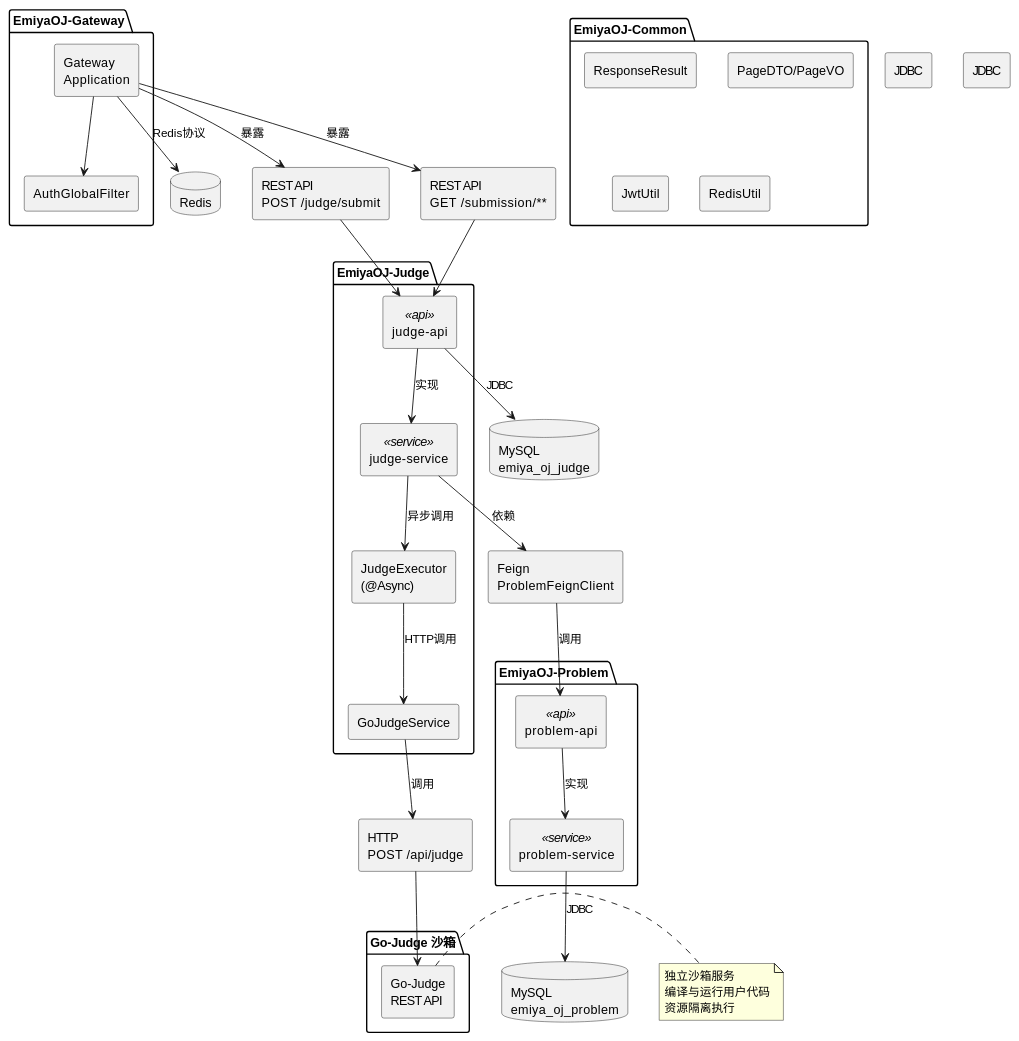
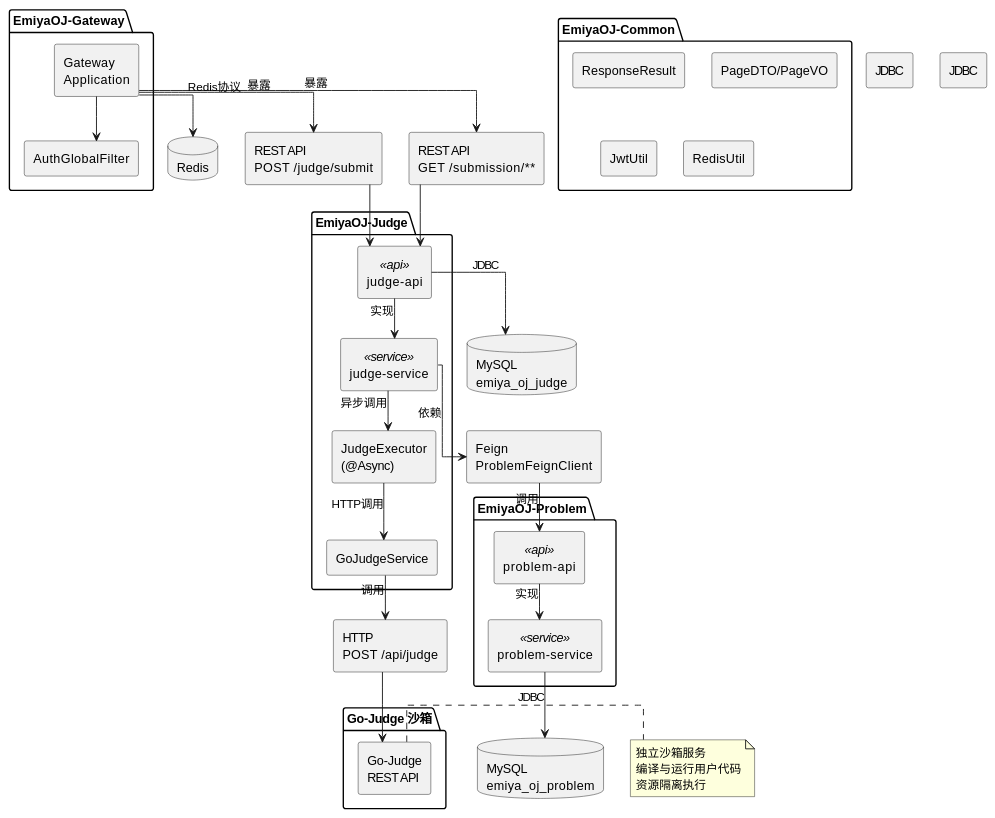
The sixth of 14 diagrams in docs/UML2.0-完整建模.md (xiaohuanemiya/EmiyaOJ-Cloud), drawn with PlantUML before and after one commit. The commit also changed other lines of this file and 31 other files, not shown here.

````diff
--- a/docs/UML2.0-完整建模.md
+++ b/docs/UML2.0-完整建模.md
@@ -675,72 +699,75 @@
 ```plantuml
 @startuml Judge-Component
 skinparam componentStyle rectangle
+skinparam linetype ortho
+skinparam nodesep 30
+skinparam ranksep 40
 
 package "EmiyaOJ-Gateway" {
   [Gateway\nApplication] as GW
   [AuthGlobalFilter] as GF
   GW --> GF
 }
 
 package "EmiyaOJ-Judge" {
   [judge-api] as JA <<api>>
   [judge-service] as JS <<service>>
   [JudgeExecutor\n(@Async)] as JE
   [GoJudgeService] as GJS
   JA --> JS : 实现
   JS --> JE : 异步调用
   JE --> GJS : HTTP调用
 }
 
 package "EmiyaOJ-Problem" {
   [problem-api] as PA <<api>>
   [problem-service] as PS <<service>>
   PA --> PS : 实现
 }
 
 package "Go-Judge 沙箱" {
   [Go-Judge\nREST API] as GJ
 }
 
 package "EmiyaOJ-Common" {
   [ResponseResult]
   [PageDTO/PageVO]
   [JwtUtil]
   [RedisUtil]
 }
 
 database "MySQL\nemiya_oj_judge" as JDB
 database "MySQL\nemiya_oj_problem" as PDB
 database "Redis" as Redis
 
 ' === 接口 ===
 rectangle "REST API\nPOST /judge/submit" as SubmitAPI
 rectangle "REST API\nGET /submission/**" as QueryAPI
 rectangle "Feign\nProblemFeignClient" as FeignPC
 rectangle "HTTP\nPOST /api/judge" as JudgeAPI
 rectangle "JDBC" as JDBC1
 rectangle "JDBC" as JDBC2
 
 GW --> SubmitAPI : 暴露
 GW --> QueryAPI : 暴露
 SubmitAPI --> JA
 QueryAPI --> JA
 
 JS --> FeignPC : 依赖
 FeignPC --> PA : 调用
 
 GJS --> JudgeAPI : 调用
 JudgeAPI --> GJ
 
 JA --> JDB : JDBC
 PS --> PDB : JDBC
 GW --> Redis : Redis协议
 
 note right of GJ
   独立沙箱服务
   编译与运行用户代码
   资源隔离执行
 end note
 
 @enduml
 ```
````
